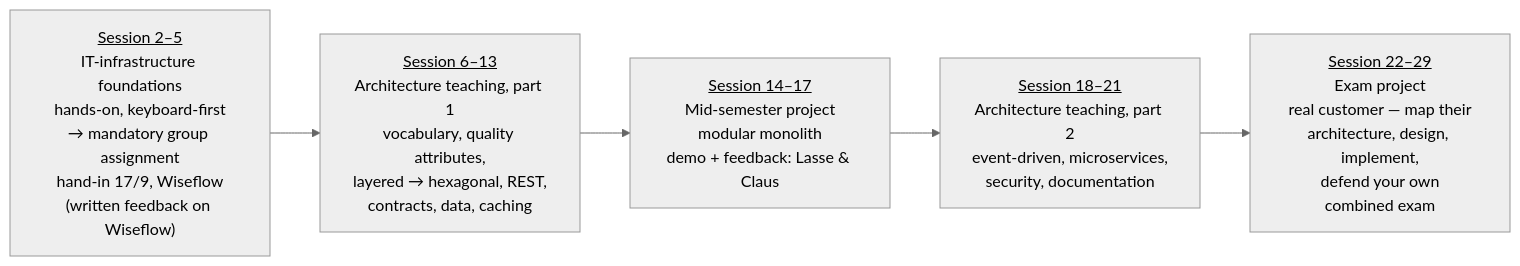
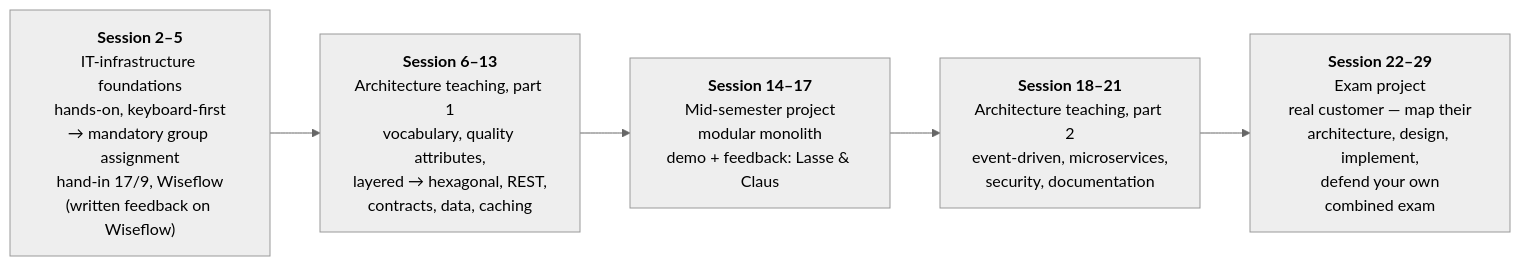
One commit to Ek-Ita-Swa-Iti/EK_ITA_SWA_2026_fall changed the diagram in 01._intro_3rd_semester/README.md. Above: the diagram before and after it, drawn with Mermaid (neutral theme).

Commit message:
Session 1 Part 2: swap <u> for <b> in diagram headers (underline didn't render on GitHub)

````diff
--- a/01._intro_3rd_semester/README.md
+++ b/01._intro_3rd_semester/README.md
@@ -23,9 +23,9 @@
 ```mermaid
 flowchart LR
-    A["<u>Session 2–5</u><br/>IT-infrastructure foundations<br/>hands-on, keyboard-first<br/>→ mandatory group assignment<br/>hand-in 17/9, Wiseflow<br/>(written feedback on Wiseflow)"]
-    B["<u>Session 6–13</u><br/>Architecture teaching, part 1<br/>vocabulary, quality attributes,<br/>layered → hexagonal, REST,<br/>contracts, data, caching"]
-    C["<u>Session 14–17</u><br/>Mid-semester project<br/>modular monolith<br/>demo + feedback: Lasse & Claus"]
-    D["<u>Session 18–21</u><br/>Architecture teaching, part 2<br/>event-driven, microservices,<br/>security, documentation"]
-    E["<u>Session 22–29</u><br/>Exam project<br/>real customer — map their<br/>architecture, design, implement,<br/>defend your own<br/>combined exam"]
+    A["<b>Session 2–5</b><br/>IT-infrastructure foundations<br/>hands-on, keyboard-first<br/>→ mandatory group assignment<br/>hand-in 17/9, Wiseflow<br/>(written feedback on Wiseflow)"]
+    B["<b>Session 6–13</b><br/>Architecture teaching, part 1<br/>vocabulary, quality attributes,<br/>layered → hexagonal, REST,<br/>contracts, data, caching"]
+    C["<b>Session 14–17</b><br/>Mid-semester project<br/>modular monolith<br/>demo + feedback: Lasse & Claus"]
+    D["<b>Session 18–21</b><br/>Architecture teaching, part 2<br/>event-driven, microservices,<br/>security, documentation"]
+    E["<b>Session 22–29</b><br/>Exam project<br/>real customer — map their<br/>architecture, design, implement,<br/>defend your own<br/>combined exam"]
     A --> B --> C --> D --> E
 ```
````
